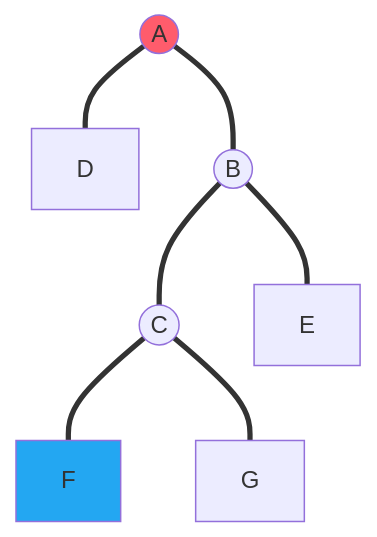
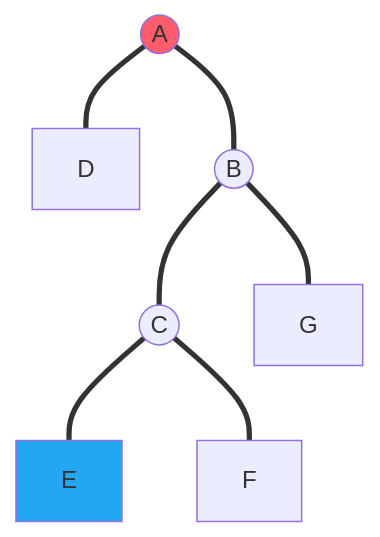
Before and after one commit to WintermelonC/WintermelonC_Docs: diagram 12 of 25 in docs/zju/compulsory_courses/ADS/ch1.md, drawn with Mermaid. The commit also changed other lines of this file and 11 other files, not shown here.

````diff
--- a/docs/zju/compulsory_courses/ADS/ch1.md
+++ b/docs/zju/compulsory_courses/ADS/ch1.md
@@ -261,18 +261,18 @@
     ```mermaid
     graph TD;
     A((A))
     D[D]
     B((B))
     C((C))
     E[E]
     F[F]
     G[G]
     A === D
     A === B
     B === C
-    B === E
+    B === G
+    C === E
     C === F
-    C === G
     style A fill: #ff5c6c
-    style F fill: #23a7f2
+    style E fill: #23a7f2
     ```
````
